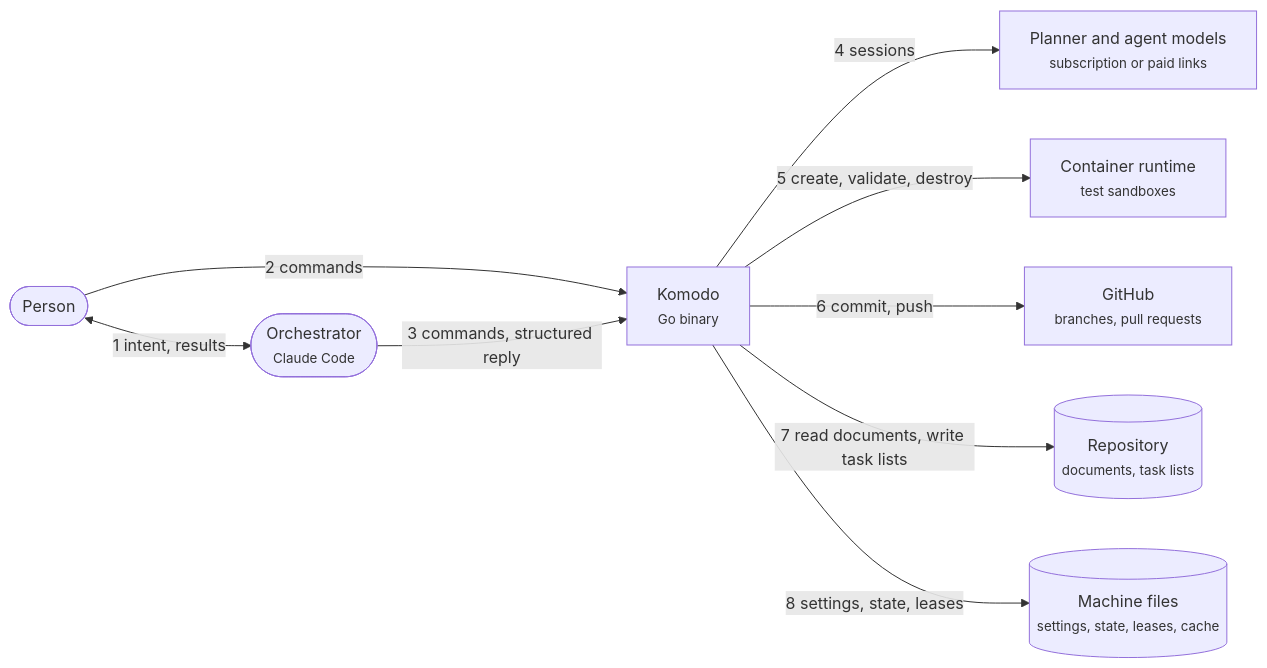
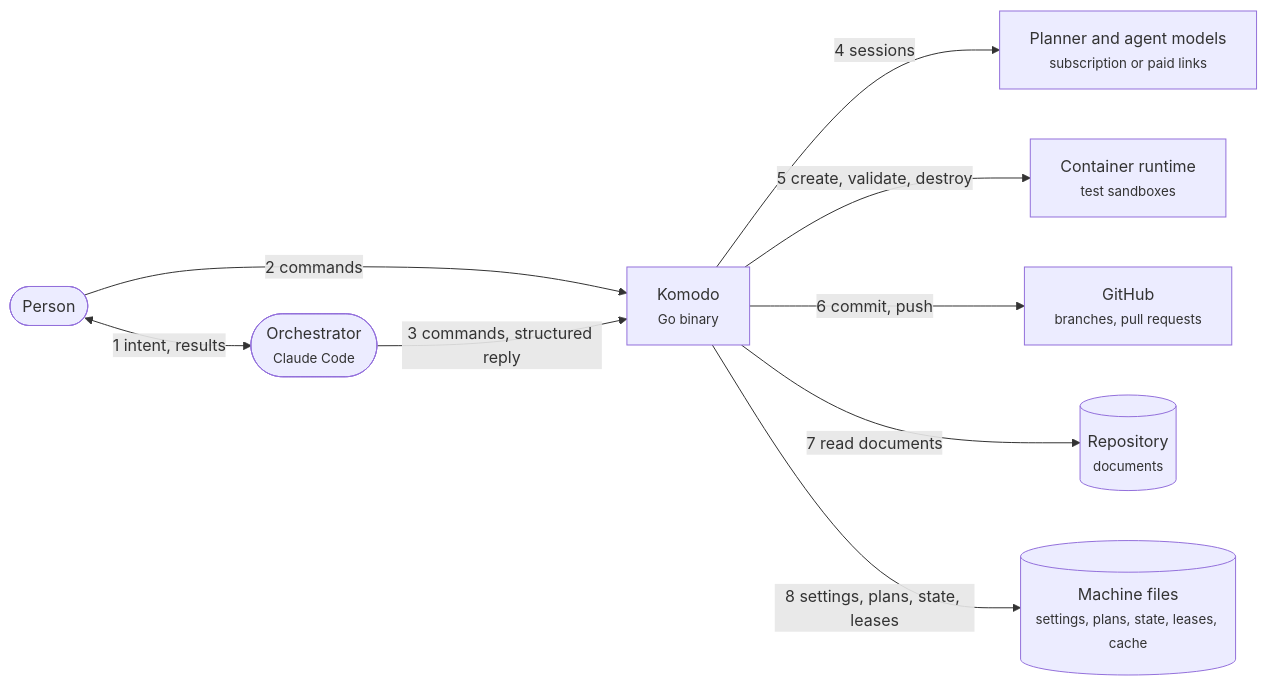
One commit to rdevitto86/komodo-agentic-harness-coding changed the second of 5 diagrams in docs/hld.md. Above: the diagram before and after it, drawn with Mermaid. The commit also changed other lines of this file and 1 other file, not shown here.

````diff
--- a/docs/hld.md
+++ b/docs/hld.md
@@ -73,19 +73,19 @@
 ```mermaid
 flowchart LR
   H(["Person"]):::actor
   O(["Orchestrator<br><small>Claude Code</small>"]):::actor
   K["Komodo<br><small>Go binary</small>"]:::core
   P["Planner and agent models<br><small>subscription or paid links</small>"]:::ext
   D["Container runtime<br><small>test sandboxes</small>"]:::ext
   G["GitHub<br><small>branches, pull requests</small>"]:::ext
-  RF[("Repository<br><small>documents, task lists</small>")]:::store
-  MF[("Machine files<br><small>settings, state, leases, cache</small>")]:::store
+  RF[("Repository<br><small>documents</small>")]:::store
+  MF[("Machine files<br><small>settings, plans, state, leases, cache</small>")]:::store
   H <-->|"1 intent, results"| O
   H -->|"2 commands"| K
   O -->|"3 commands, structured reply"| K
   K -->|"4 sessions"| P
   K -->|"5 create, validate, destroy"| D
   K -->|"6 commit, push"| G
-  K -->|"7 read documents, write task lists"| RF
-  K -->|"8 settings, state, leases"| MF
+  K -->|"7 read documents"| RF
+  K -->|"8 settings, plans, state, leases"| MF
 ```
````
